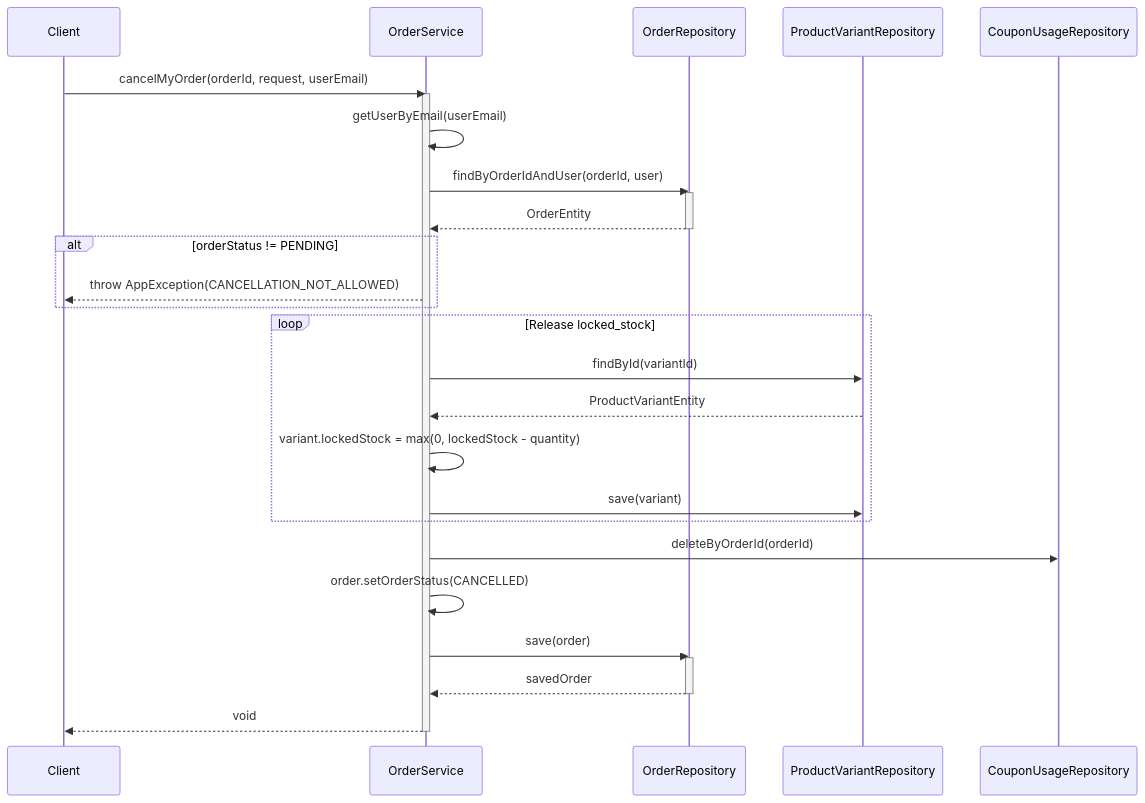
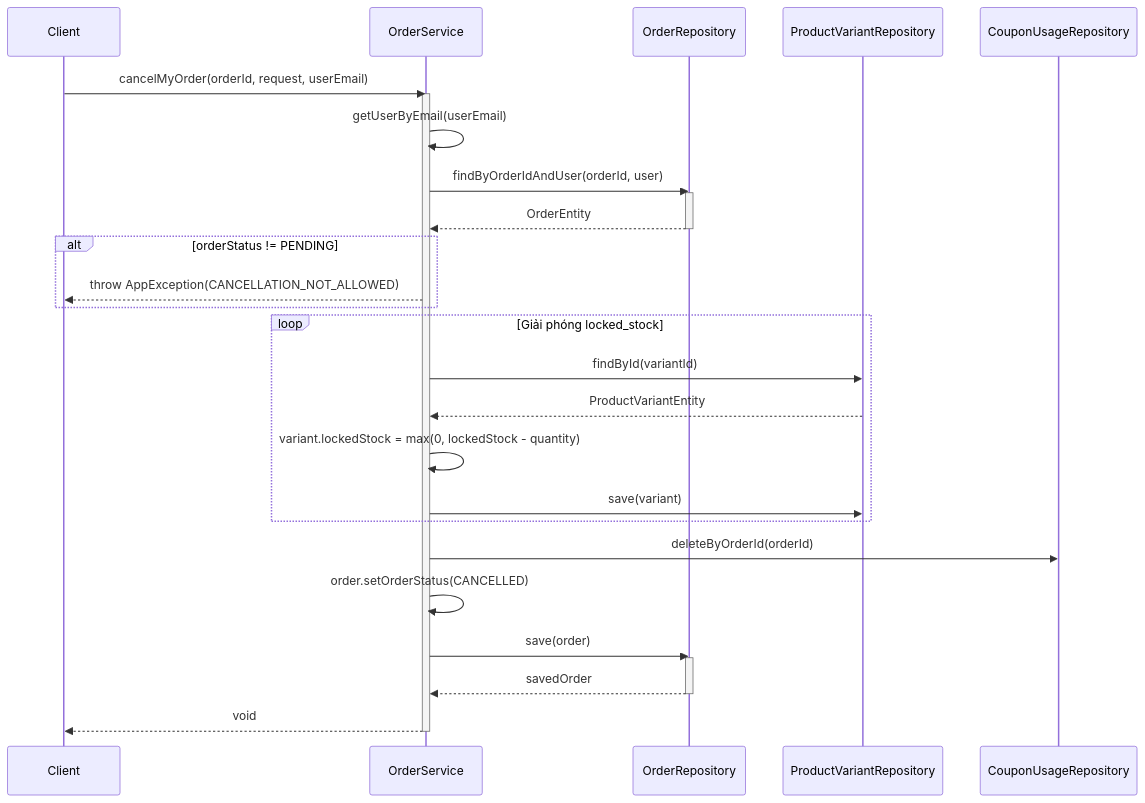
Before and after one commit to aquoc09/easymall: the fourth of 7 diagrams in .agent/sequence/order_service_sequence_diagrams.md, drawn with Mermaid. The commit also changed other lines of this file and 18 other files, not shown here.

Commit message:
UPDATE: Sequence diagram vietnamese

````diff
--- a/.agent/sequence/order_service_sequence_diagrams.md
+++ b/.agent/sequence/order_service_sequence_diagrams.md
@@ -160,41 +160,41 @@
 ```mermaid
 sequenceDiagram
     participant Client
     participant OrderService
     participant OrderRepository
     participant ProductVariantRepository
     participant CouponUsageRepository
 
     Client->>OrderService: cancelMyOrder(orderId, request, userEmail)
     activate OrderService
 
     OrderService->>OrderService: getUserByEmail(userEmail)
     
     OrderService->>OrderRepository: findByOrderIdAndUser(orderId, user)
     activate OrderRepository
     OrderRepository-->>OrderService: OrderEntity
     deactivate OrderRepository
 
     alt orderStatus != PENDING
         OrderService-->>Client: throw AppException(CANCELLATION_NOT_ALLOWED)
     end
 
-    loop Release locked_stock
+    loop Giải phóng locked_stock
         OrderService->>ProductVariantRepository: findById(variantId)
         ProductVariantRepository-->>OrderService: ProductVariantEntity
         OrderService->>OrderService: variant.lockedStock = max(0, lockedStock - quantity)
         OrderService->>ProductVariantRepository: save(variant)
     end
 
     OrderService->>CouponUsageRepository: deleteByOrderId(orderId)
 
     OrderService->>OrderService: order.setOrderStatus(CANCELLED)
 
     OrderService->>OrderRepository: save(order)
     activate OrderRepository
     OrderRepository-->>OrderService: savedOrder
     deactivate OrderRepository
 
     OrderService-->>Client: void
     deactivate OrderService
 ```
````
